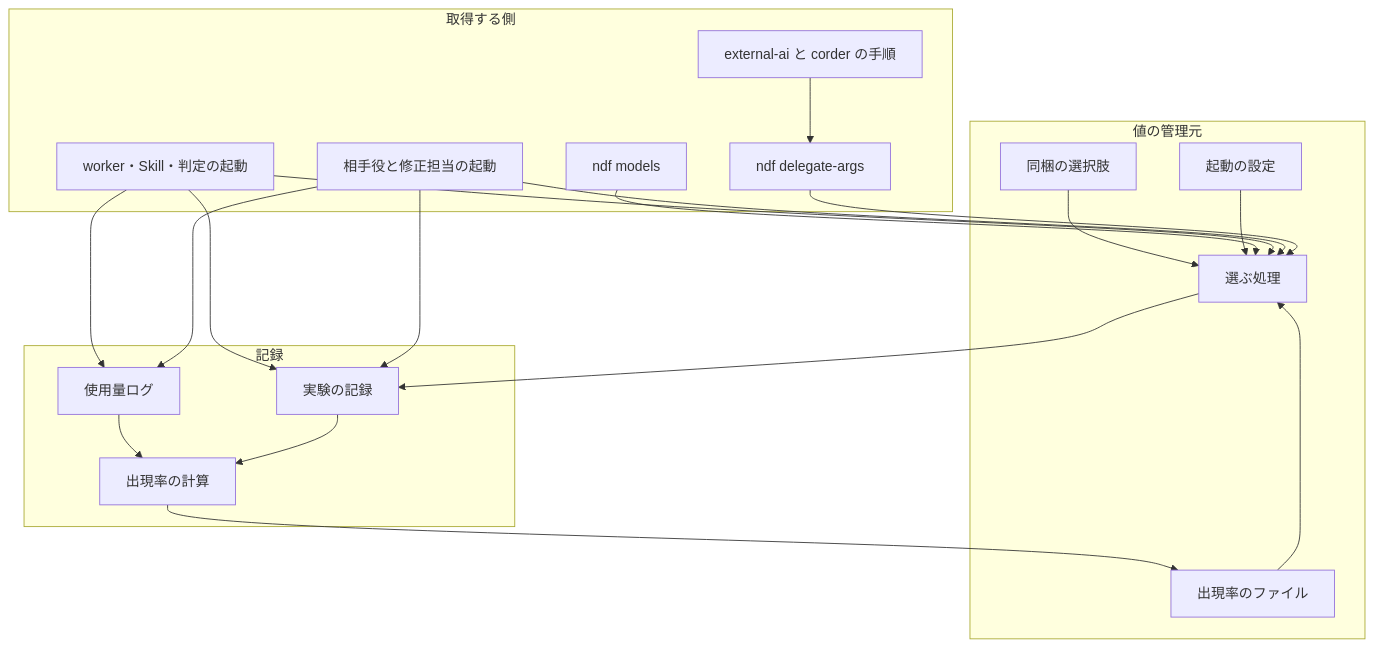
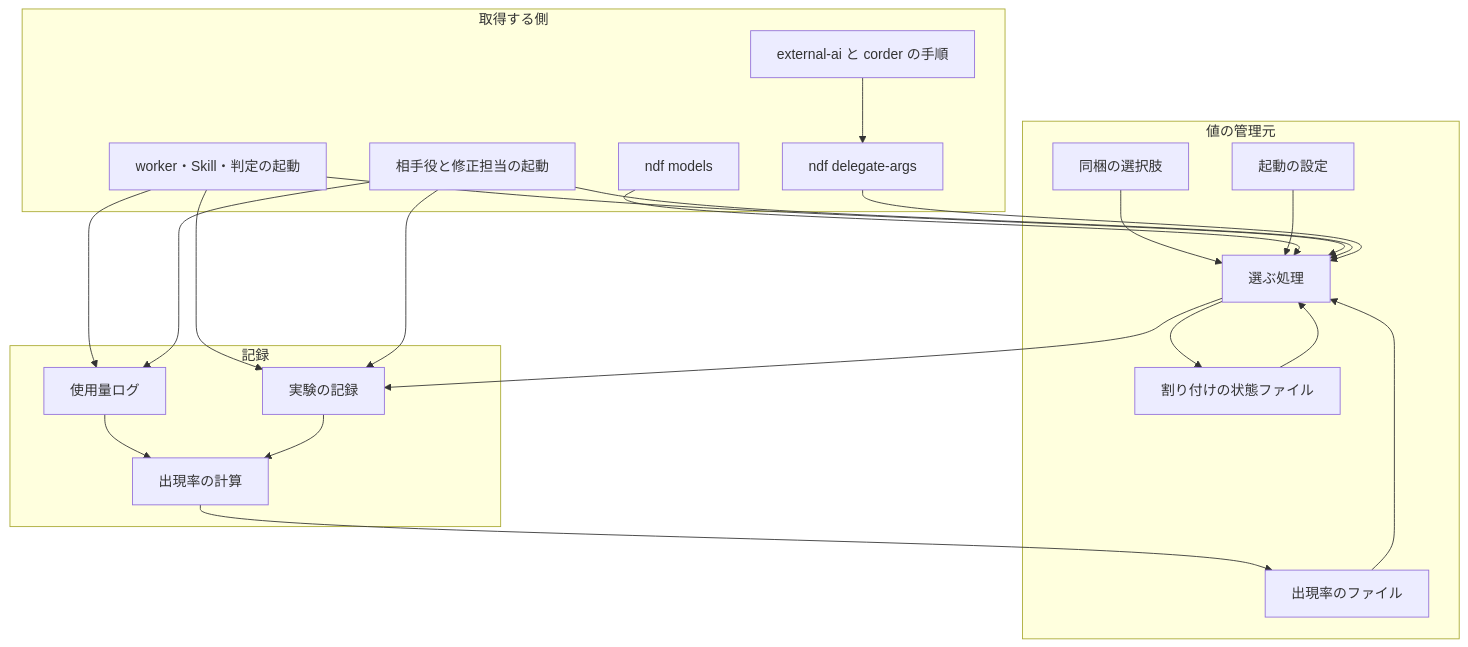
One commit to devbasex/ai-plugins changed the third of 5 diagrams in issues/issue-2944-design.md. Above: the diagram before and after it, drawn with Mermaid. The commit also changed other lines of this file and 1 other file, not shown here.

````diff
--- a/issues/issue-2944-design.md
+++ b/issues/issue-2944-design.md
@@ -171,29 +172,30 @@
 ```mermaid
 graph TD
     subgraph 値の管理元
         T[同梱の選択肢]
         P[起動の設定]
         F[出現率のファイル]
+        Q[割り付けの状態ファイル]
         R[選ぶ処理]
     end
     subgraph 取得する側
         M[ndf models]
         D[ndf delegate-args]
         W[worker・Skill・判定の起動]
         S[相手役と修正担当の起動]
         E[external-ai と corder の手順]
     end
     subgraph 記録
         U[使用量ログ]
         X[実験の記録]
         B[出現率の計算]
     end
-    T & P & F --> R
+    T & P & F & Q --> R
     M & W & S --> R
     E --> D
     D --> R
-    R --> X
+    R --> X & Q
     W & S --> U
     W & S --> X
     U & X --> B --> F
 ```
````
